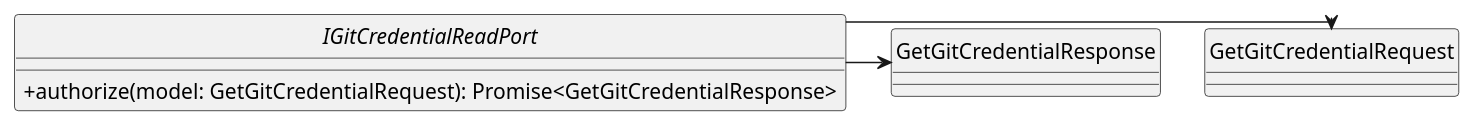
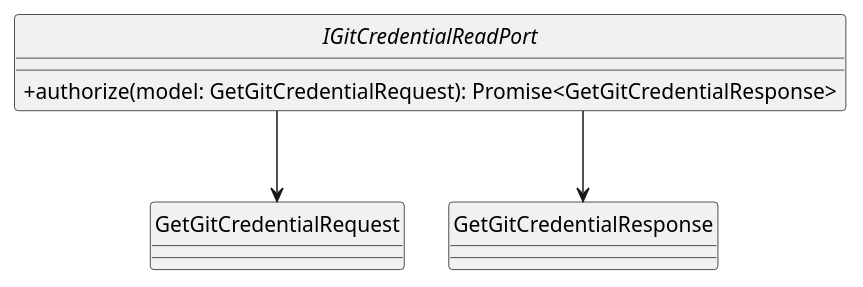
The diagram in assets/st_diagrams/code/plantuml/analysis/application/ports/gitCredentialRead.port.plantuml (SkarabGroup/DocumentazioneProgetto), drawn with PlantUML before and after one commit. The commit also changed 45 other files, not shown here.

```diff
--- a/assets/st_diagrams/code/plantuml/analysis/application/ports/gitCredentialRead.port.plantuml
+++ b/assets/st_diagrams/code/plantuml/analysis/application/ports/gitCredentialRead.port.plantuml
@@ -1,15 +1,15 @@
 @startuml IGitCredentialReadPort
 skinparam componentStyle uml2.5
 skinparam linetype ortho
 skinparam nodesep 30
 skinparam ranksep 30
 skinparam ClassAttributeIconSize 0
 hide circles
 
 interface IGitCredentialReadPort {
     + authorize(model: GetGitCredentialRequest): Promise<GetGitCredentialResponse>
 }
 
-IGitCredentialReadPort --right-> GetGitCredentialRequest
-IGitCredentialReadPort --right-> GetGitCredentialResponse
+IGitCredentialReadPort --down-> GetGitCredentialRequest
+IGitCredentialReadPort --down-> GetGitCredentialResponse
 @enduml
```
